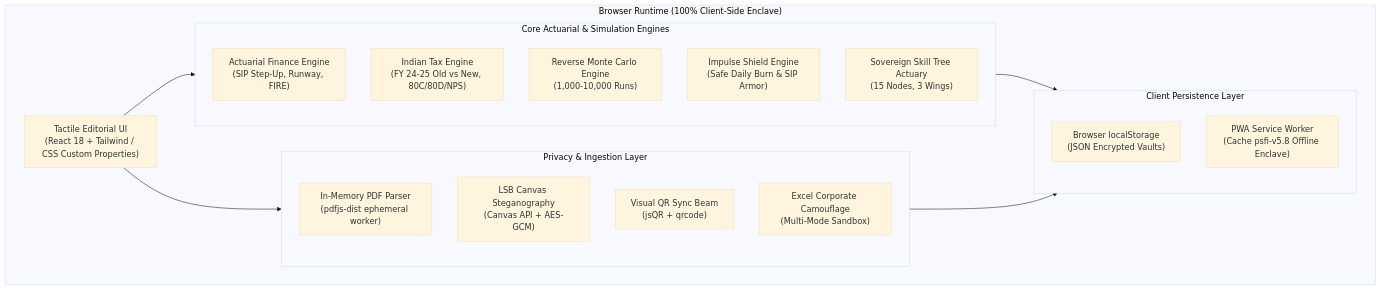
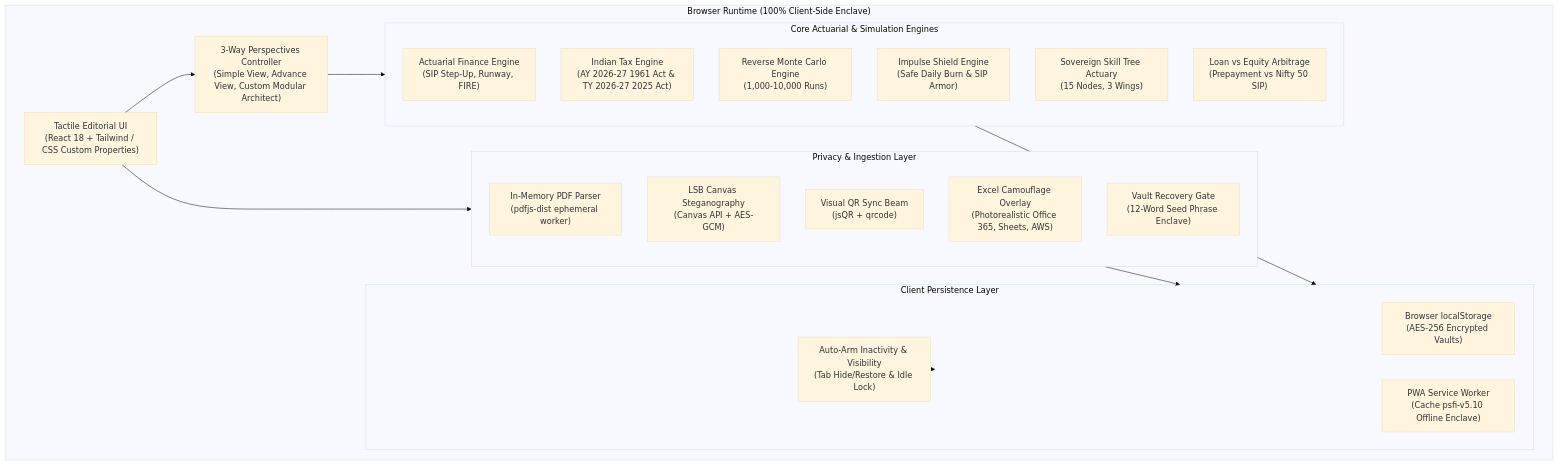
Before and after one commit to pseudozac/psfi-finance-control-center: the first of 2 diagrams in ARCHITECTURE.md, drawn with Mermaid (base theme). The commit also changed other lines of this file and 3 other files, not shown here.

Commit message:
docs: update README, CHANGELOG, ARCHITECTURE, and bump to v5.11.0

````diff
--- a/ARCHITECTURE.md
+++ b/ARCHITECTURE.md
@@ -11,31 +11,37 @@
 ```mermaid
 flowchart TD
     subgraph BrowserRuntime ["Browser Runtime (100% Client-Side Enclave)"]
         UI["Tactile Editorial UI\n(React 18 + Tailwind / CSS Custom Properties)"]
+        Perspectives["3-Way Perspectives Controller\n(Simple View, Advance View, Custom Modular Architect)"]
         
         subgraph CoreEngines ["Core Actuarial & Simulation Engines"]
             FinanceEngine["Actuarial Finance Engine\n(SIP Step-Up, Runway, FIRE)"]
-            TaxEngine["Indian Tax Engine\n(FY 24-25 Old vs New, 80C/80D/NPS)"]
+            TaxEngine["Indian Tax Engine\n(AY 2026-27 1961 Act & TY 2026-27 2025 Act)"]
             MonteCarlo["Reverse Monte Carlo Engine\n(1,000-10,000 Runs)"]
             ImpulseShield["Impulse Shield Engine\n(Safe Daily Burn & SIP Armor)"]
             SkillTreeEngine["Sovereign Skill Tree Actuary\n(15 Nodes, 3 Wings)"]
+            LoanArbitrage["Loan vs Equity Arbitrage\n(Prepayment vs Nifty 50 SIP)"]
         end
 
         subgraph IngestionCrypto ["Privacy & Ingestion Layer"]
             PDFParser["In-Memory PDF Parser\n(pdfjs-dist ephemeral worker)"]
             StegoEngine["LSB Canvas Steganography\n(Canvas API + AES-GCM)"]
             QRBeam["Visual QR Sync Beam\n(jsQR + qrcode)"]
-            Camouflage["Excel Corporate Camouflage\n(Multi-Mode Sandbox)"]
+            Camouflage["Excel Camouflage Overlay\n(Photorealistic Office 365, Sheets, AWS)"]
+            RecoveryGate["Vault Recovery Gate\n(12-Word Seed Phrase Enclave)"]
         end
 
         subgraph StorageLayer ["Client Persistence Layer"]
-            LocalStorage["Browser localStorage\n(JSON Encrypted Vaults)"]
-            ServiceWorker["PWA Service Worker\n(Cache psfi-v5.8 Offline Enclave)"]
+            LocalStorage["Browser localStorage\n(AES-256 Encrypted Vaults)"]
+            AutoArm["Auto-Arm Inactivity & Visibility\n(Tab Hide/Restore & Idle Lock)"]
+            ServiceWorker["PWA Service Worker\n(Cache psfi-v5.10 Offline Enclave)"]
         end
 
-        UI --> CoreEngines
+        UI --> Perspectives
+        Perspectives --> CoreEngines
         UI --> IngestionCrypto
         CoreEngines --> StorageLayer
         IngestionCrypto --> StorageLayer
+        AutoArm --> StorageLayer
     end
 ```
````
